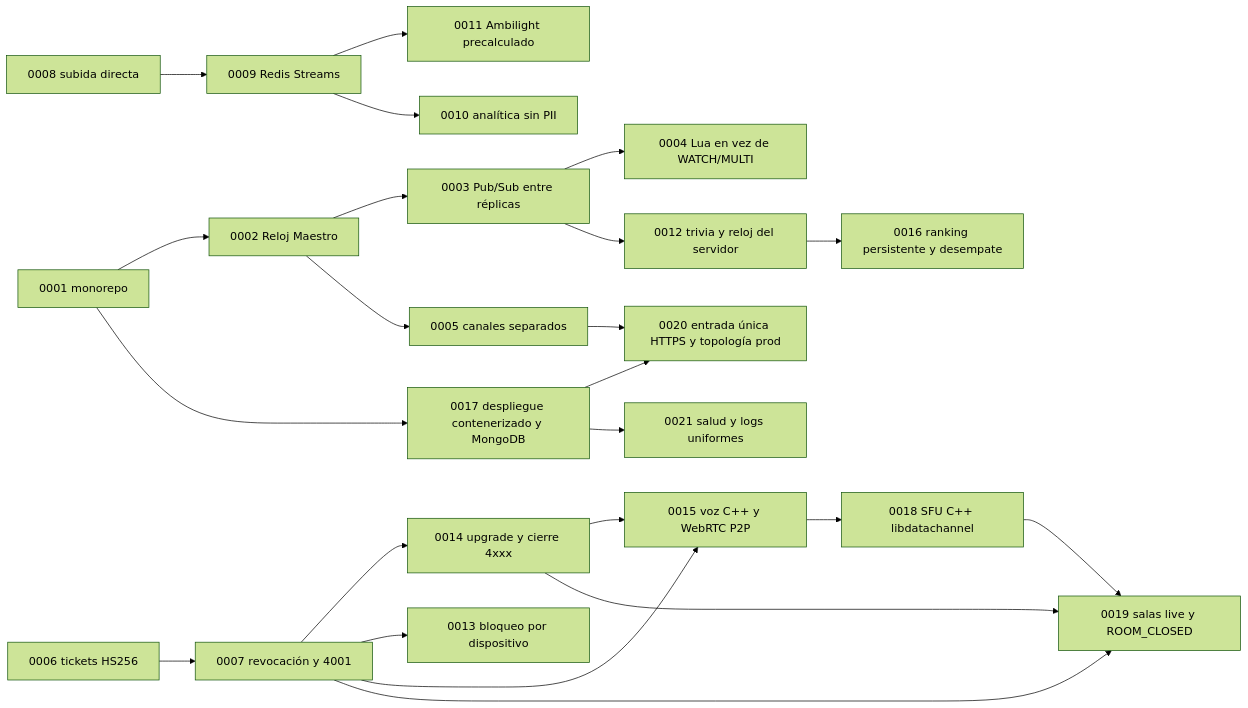
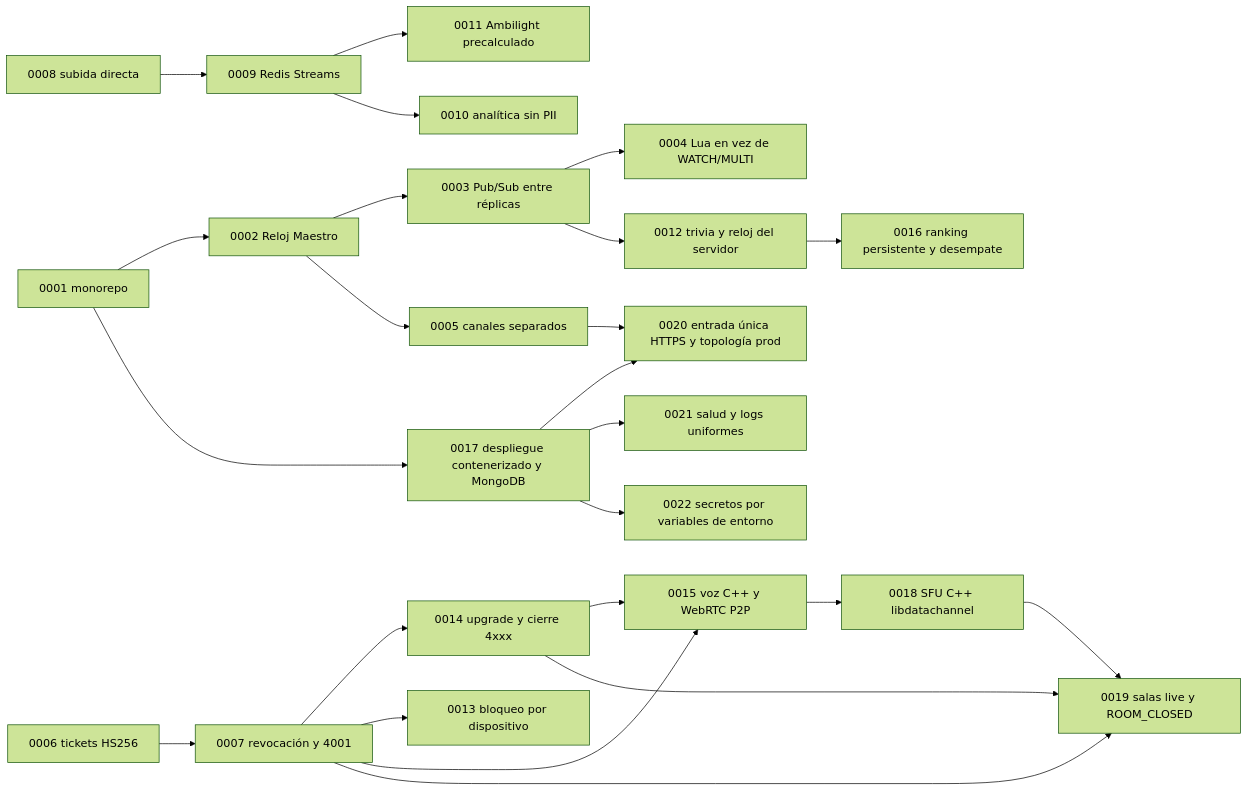
One commit to TINTOrganization/TINT changed the diagram in docs/adr/README.md. Above: the diagram before and after it, drawn with Mermaid (forest theme). The commit also changed other lines of this file and 3 other files, not shown here.

Commit message:
docs(infra): ADR 0022 secretos por variables de entorno

````diff
--- a/docs/adr/README.md
+++ b/docs/adr/README.md
@@ -33,25 +34,26 @@
 ```mermaid
 flowchart LR
     A1["0001 monorepo"] --> A2["0002 Reloj Maestro"]
     A2 --> A3["0003 Pub/Sub entre réplicas"]
     A3 --> A4["0004 Lua en vez de WATCH/MULTI"]
     A2 --> A5["0005 canales separados"]
     A6["0006 tickets HS256"] --> A7["0007 revocación y 4001"]
     A7 --> A14["0014 upgrade y cierre 4xxx"]
     A7 --> A13["0013 bloqueo por dispositivo"]
     A7 --> A15["0015 voz C++ y WebRTC P2P"]
     A14 --> A15
     A8["0008 subida directa"] --> A9["0009 Redis Streams"]
     A9 --> A11["0011 Ambilight precalculado"]
     A9 --> A10["0010 analítica sin PII"]
     A3 --> A12["0012 trivia y reloj del servidor"]
     A12 --> A16["0016 ranking persistente y desempate"]
     A1 --> A17["0017 despliegue contenerizado y MongoDB"]
     A15 --> A18["0018 SFU C++ libdatachannel"]
     A7 --> A19["0019 salas live y ROOM_CLOSED"]
     A14 --> A19
     A18 --> A19
     A17 --> A20["0020 entrada única HTTPS y topología prod"]
     A5 --> A20
     A17 --> A21["0021 salud y logs uniformes"]
+    A17 --> A22["0022 secretos por variables de entorno"]
 ```
````
